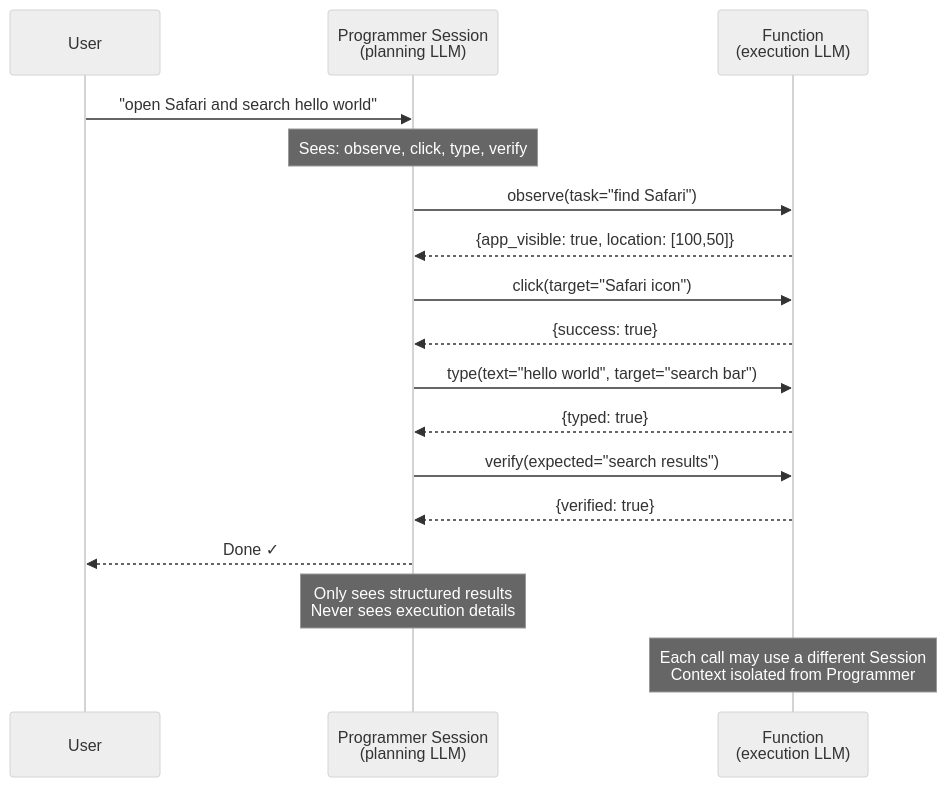
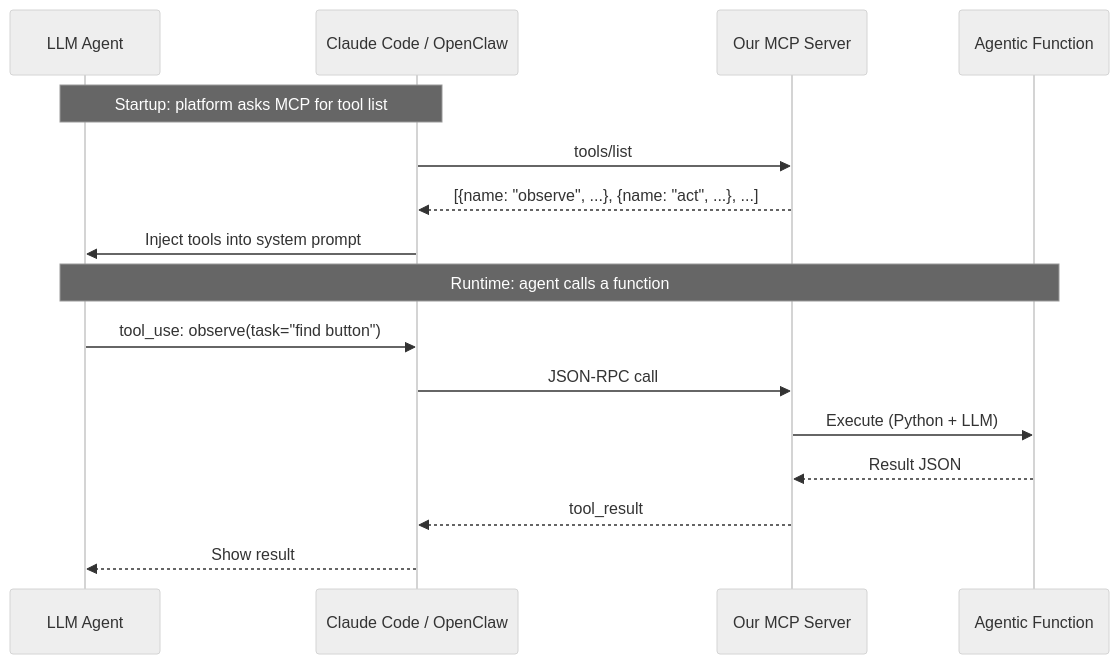
Before and after one commit to Fzkuji/OpenProgram: the eighth of 10 diagrams in docs/DESIGN.md, drawn with Mermaid (neutral theme). The commit also changed other lines of this file and 1 other file, not shown here.

First line of the commit message:
v3: Rewrite README + DESIGN.md — Meta Agentic Function, no Programmer role

````diff
--- a/docs/DESIGN.md
+++ b/docs/DESIGN.md
@@ -301,26 +379,20 @@
 ```mermaid
 sequenceDiagram
-    participant User
-    participant Programmer as Programmer Session<br/>(planning LLM)
-    participant Fn as Function<br/>(execution LLM)
+    participant Agent as LLM Agent
+    participant Platform as Claude Code / OpenClaw
+    participant MCP as Our MCP Server
+    participant Fn as Agentic Function
 
-    User->>Programmer: "open Safari and search hello world"
-    Note over Programmer: Sees: observe, click, type, verify
+    Note over Agent,Platform: Startup: platform asks MCP for tool list
+    Platform->>MCP: tools/list
+    MCP-->>Platform: [{name: "observe", ...}, {name: "act", ...}, ...]
+    Platform->>Agent: Inject tools into system prompt
 
-    Programmer->>Fn: observe(task="find Safari")
-    Fn-->>Programmer: {app_visible: true, location: [100,50]}
-
-    Programmer->>Fn: click(target="Safari icon")
-    Fn-->>Programmer: {success: true}
-
-    Programmer->>Fn: type(text="hello world", target="search bar")
-    Fn-->>Programmer: {typed: true}
-
-    Programmer->>Fn: verify(expected="search results")
-    Fn-->>Programmer: {verified: true}
-
-    Programmer-->>User: Done ✓
-
-    Note over Programmer: Only sees structured results<br/>Never sees execution details
-    Note over Fn: Each call may use a different Session<br/>Context isolated from Programmer
+    Note over Agent,Fn: Runtime: agent calls a function
+    Agent->>Platform: tool_use: observe(task="find button")
+    Platform->>MCP: JSON-RPC call
+    MCP->>Fn: Execute (Python + LLM)
+    Fn-->>MCP: Result JSON
+    MCP-->>Platform: tool_result
+    Platform-->>Agent: Show result
 ```
````
